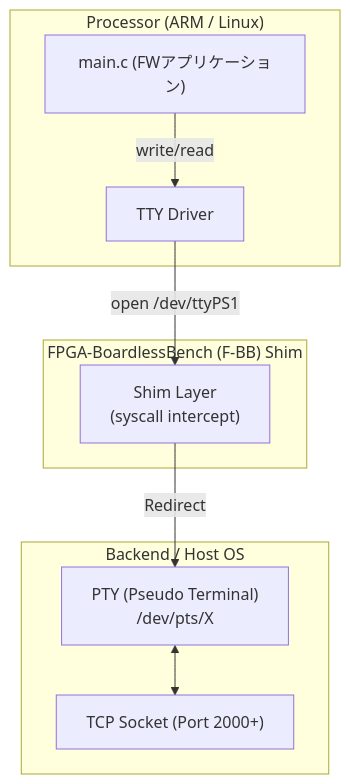
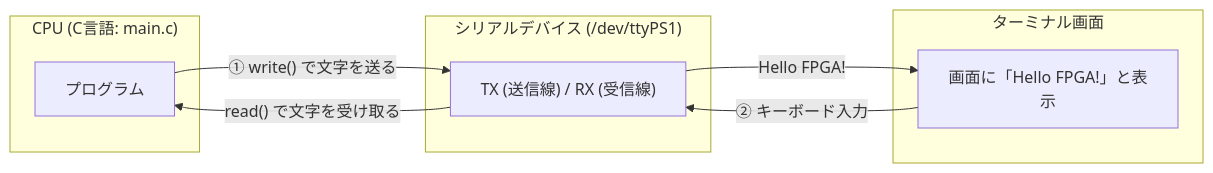
The diagram in tests/scenarios/03_uart_console/README.md (sirosiro/FPGA-BoardlessBench), drawn with Mermaid before and after one commit. The commit also changed other lines of this file and 48 other files, not shown here.

````diff
--- a/tests/scenarios/03_uart_console/README.md
+++ b/tests/scenarios/03_uart_console/README.md
@@ -9,21 +18,19 @@
 ```mermaid
-graph TD
-    subgraph "Processor (ARM / Linux)"
-        App["main.c (FWアプリケーション)"]
-        TTY["TTY Driver"]
-    end
-    
-    subgraph "FPGA-BoardlessBench (F-BB) Shim"
-        Shim["Shim Layer<br/>(syscall intercept)"]
+flowchart LR
+    subgraph CPU ["CPU (C言語: main.c)"]
+        C_App["プログラム"]
     end
 
-    subgraph "Backend / Host OS"
-        PTY["PTY (Pseudo Terminal)<br/>/dev/pts/X"]
-        TCP["TCP Socket (Port 2000+)"]
+    subgraph Port ["シリアルデバイス (/dev/ttyPS1)"]
+        TTY["TX (送信線) / RX (受信線)"]
     end
-    
-    App -->|write/read| TTY
-    TTY -->|open /dev/ttyPS1| Shim
-    Shim -->|Redirect| PTY
-    PTY <--> TCP
+
+    subgraph Terminal ["ターミナル画面"]
+        Screen["画面に「Hello FPGA!」と表示"]
+    end
+
+    C_App -->|"① write() で文字を送る"| TTY
+    TTY -->|"Hello FPGA!"| Screen
+    Screen -->|"② キーボード入力"| TTY
+    TTY -->|"read() で文字を受け取る"| C_App
 ```
````
